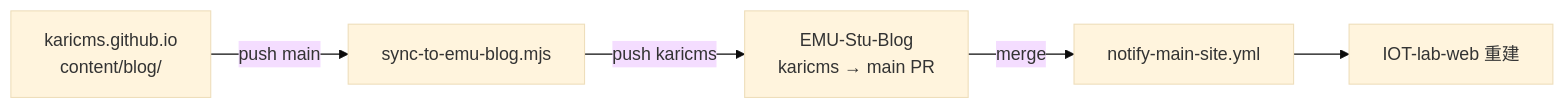
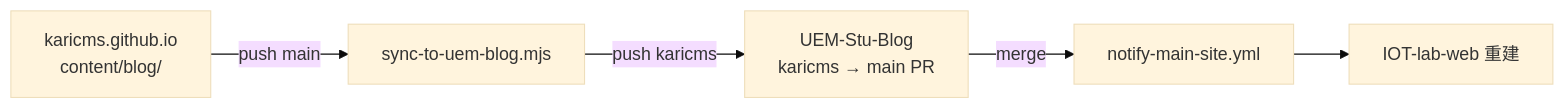
Before and after one commit to EMU-Stu/EMU-Stu-Blog: the diagram in articles/personal-site-blog-sync-to-emu-howto.md, drawn with Mermaid (base theme). The commit also changed other lines of this file and 5 other files, not shown here.

First line of the commit message:
docs: EMU-Stu → UEM-Stu 品牌更名（README/articles/workflow）

````diff
--- a/articles/personal-site-blog-sync-to-emu-howto.md
+++ b/articles/personal-site-blog-sync-to-emu-howto.md
@@ -21,13 +21,13 @@
 ```mermaid
 flowchart LR
   Write["karicms.github.io\ncontent/blog/"]
-  Script["sync-to-emu-blog.mjs"]
-  PR["EMU-Stu-Blog\nkaricms → main PR"]
+  Script["sync-to-uem-blog.mjs"]
+  PR["UEM-Stu-Blog\nkaricms → main PR"]
   Notify["notify-main-site.yml"]
   Lab["IOT-lab-web 重建"]
 
   Write -->|push main| Script
   Script -->|push karicms| PR
   PR -->|merge| Notify
   Notify --> Lab
 ```
````
